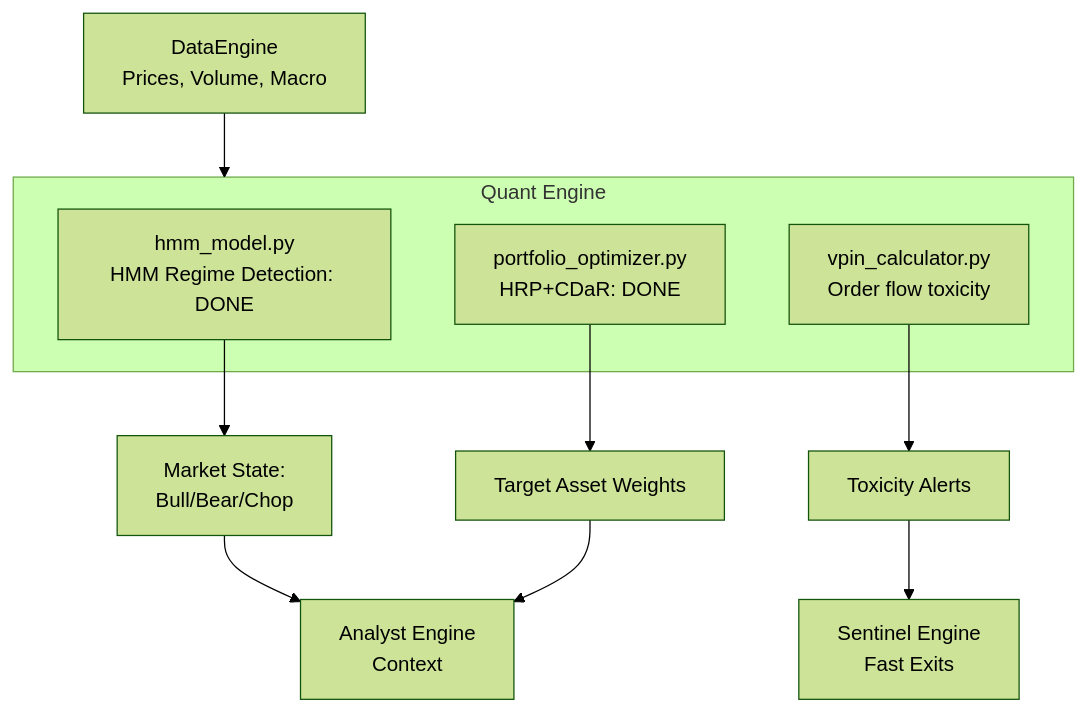
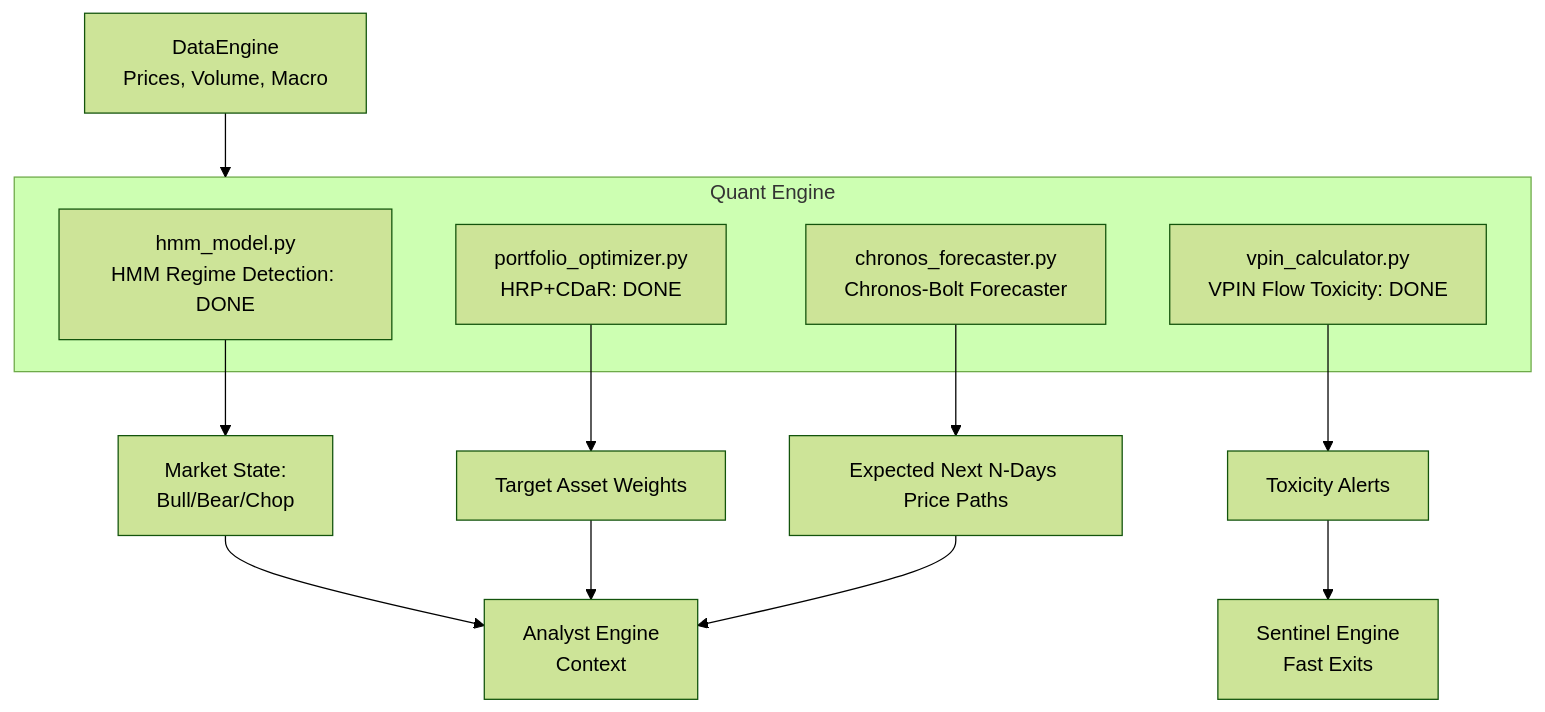
The diagram in docs/PHASE_2_PLAN.md (knabcd003/aegis), drawn with Mermaid (forest theme) before and after one commit. The commit also changed other lines of this file, not shown here.

Commit message:
docs: finalize phase 2 plan with tier-2 chronos-bolt integration

````diff
--- a/docs/PHASE_2_PLAN.md
+++ b/docs/PHASE_2_PLAN.md
@@ -45,18 +45,21 @@
 ```mermaid
 graph TD
     DE[DataEngine<br/>Prices, Volume, Macro] --> QE
     
     subgraph QE["Quant Engine"]
         HMM[hmm_model.py<br/>HMM Regime Detection: DONE]
         OPT[portfolio_optimizer.py<br/>HRP+CDaR: DONE]
-        VPIN[vpin_calculator.py<br/>Order flow toxicity]
+        VPIN[vpin_calculator.py<br/>VPIN Flow Toxicity: DONE]
+        CB[chronos_forecaster.py<br/>Chronos-Bolt Forecaster]
     end
 
     HMM --> STATE[Market State:<br/>Bull/Bear/Chop]
     OPT --> WEIGHTS[Target Asset Weights]
     VPIN --> RISK[Toxicity Alerts]
+    CB --> FORECAST[Expected Next N-Days Price Paths]
 
     STATE --> AE[Analyst Engine<br/>Context]
     WEIGHTS --> AE
+    FORECAST --> AE
     RISK --> SE[Sentinel Engine<br/>Fast Exits]
 ```
````
